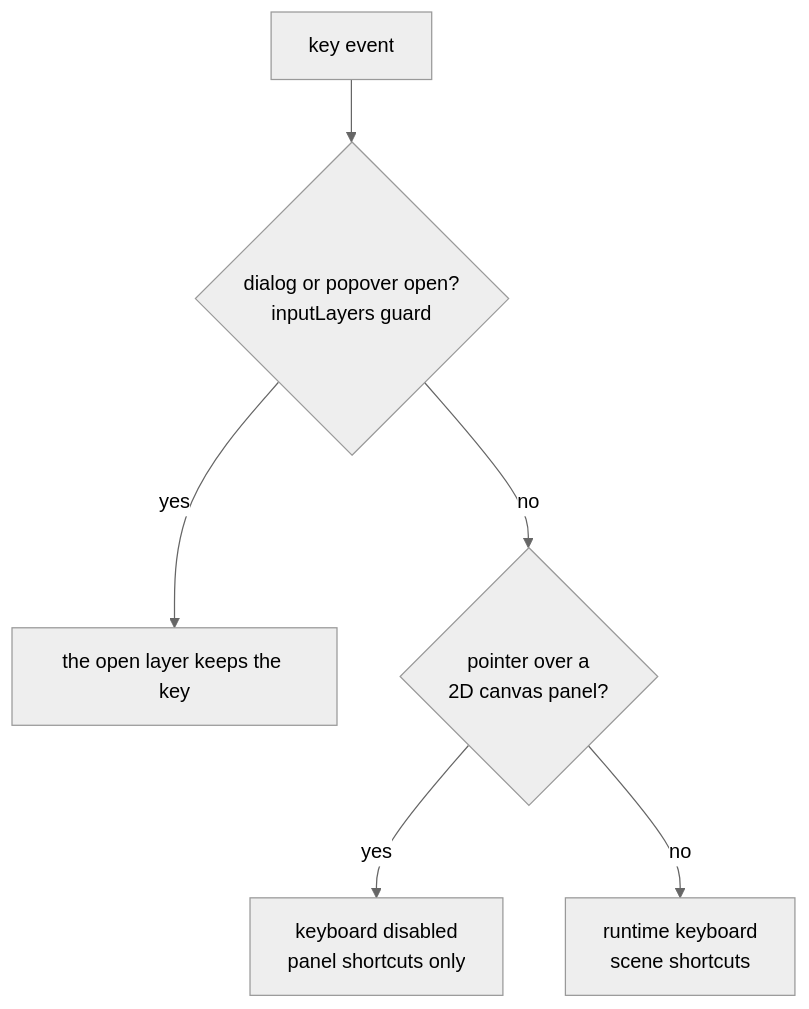
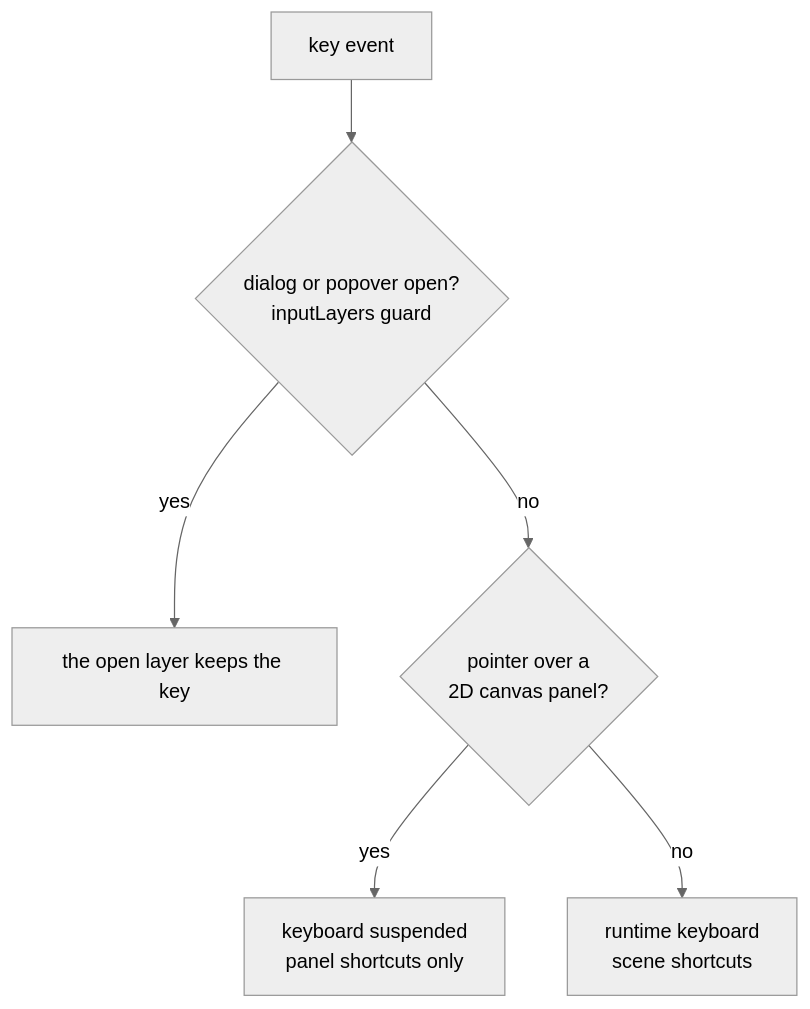
The ninth of 10 diagrams in packages/editors/host/ARCHITECTURE.md (JollyPixel/editor), drawn with Mermaid (neutral theme) before and after one commit. The commit also changed 26 other files, not shown here.

````diff
--- a/packages/editors/host/ARCHITECTURE.md
+++ b/packages/editors/host/ARCHITECTURE.md
@@ -296,8 +296,8 @@
 ```mermaid
 flowchart TB
   Key["key event"] --> Guard{"dialog or popover open?<br/>inputLayers guard"}
   Guard -->|"yes"| Ui["the open layer keeps the key"]
   Guard -->|"no"| Hover{"pointer over a<br/>2D canvas panel?"}
-  Hover -->|"yes"| Panel["keyboard disabled<br/>panel shortcuts only"]
+  Hover -->|"yes"| Panel["keyboard suspended<br/>panel shortcuts only"]
   Hover -->|"no"| Scene["runtime keyboard<br/>scene shortcuts"]
 ```
````
